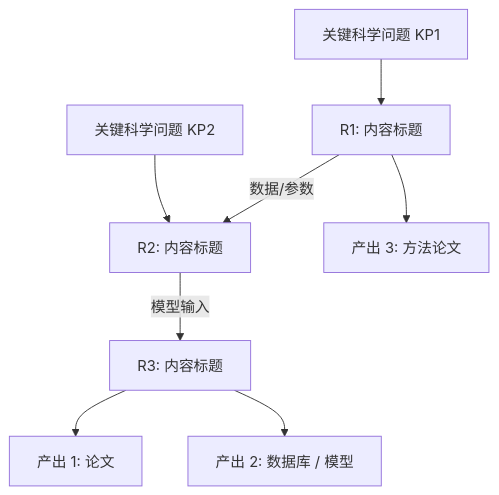
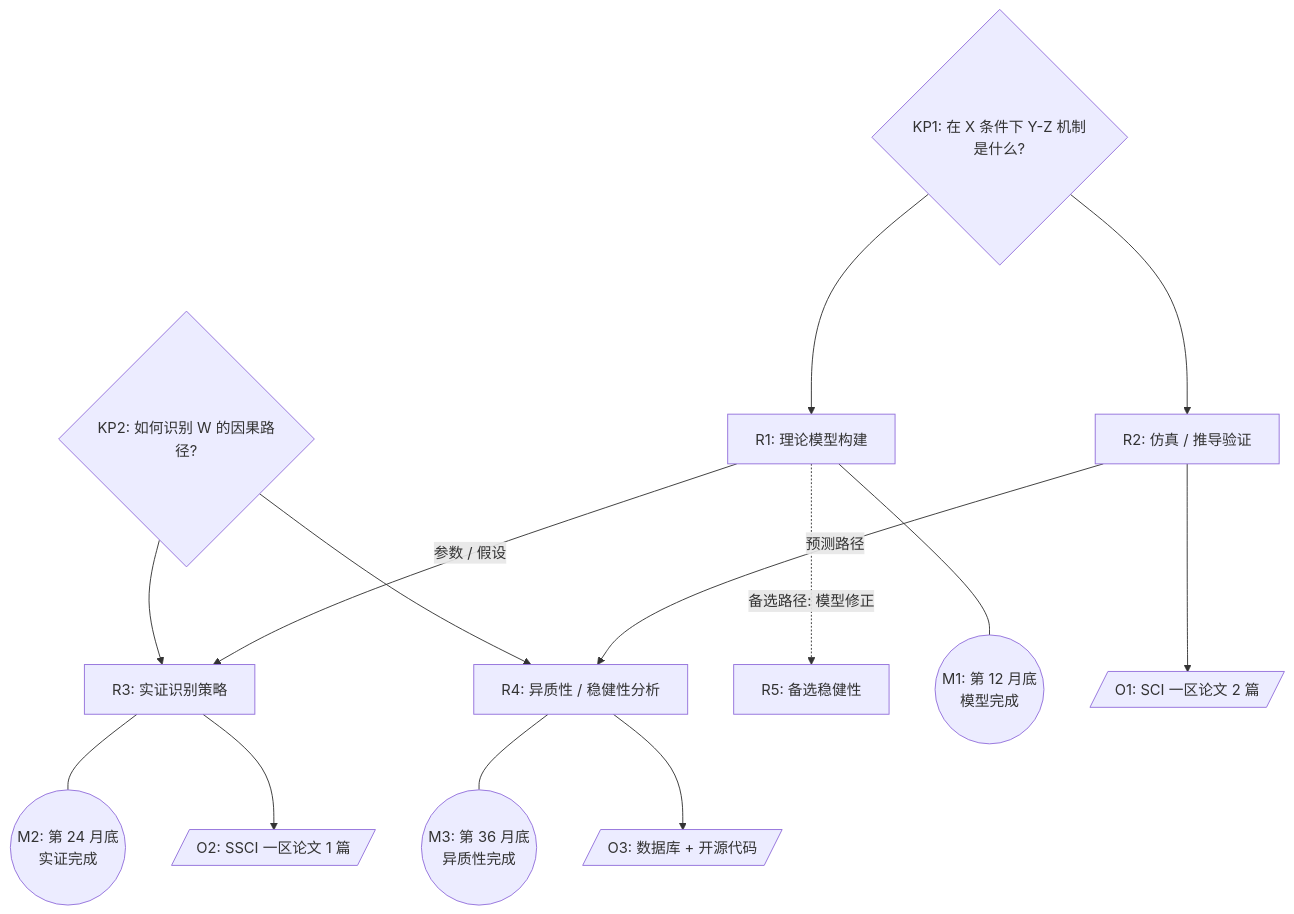
The diagram in skills/nsfc-application-skill/prompts/research-plan.md (wentorai/Research-Claw), drawn with Mermaid before and after one commit. The commit also changed other lines of this file and 8 other files, not shown here.

````diff
--- a/skills/nsfc-application-skill/prompts/research-plan.md
+++ b/skills/nsfc-application-skill/prompts/research-plan.md
@@ -54,10 +36,25 @@
 ```mermaid
 flowchart TD
-    Q1[关键科学问题 KP1] --> R1
-    Q2[关键科学问题 KP2] --> R2
-    R1[R1: 内容标题] -->|数据/参数| R2[R2: 内容标题]
-    R2 -->|模型输入| R3[R3: 内容标题]
-    R3 --> O1[产出 1: 论文]
-    R3 --> O2[产出 2: 数据库 / 模型]
-    R1 --> O3[产出 3: 方法论文]
+    %% 顶层：关键科学问题
+    KP1{KP1: 在 X 条件下 Y-Z 机制是什么?}
+    KP2{KP2: 如何识别 W 的因果路径?}
+
+    %% 中层：研究内容（按 KP 归属分组）
+    KP1 --> R1[R1: 理论模型构建]
+    KP1 --> R2[R2: 仿真 / 推导验证]
+    KP2 --> R3[R3: 实证识别策略]
+    KP2 --> R4[R4: 异质性 / 稳健性分析]
+    R1 -->|参数 / 假设| R3
+    R2 -->|预测路径| R4
+    R1 -.->|备选路径: 模型修正| R5[R5: 备选稳健性]
+
+    %% 右侧：里程碑
+    R1 --- M1((M1: 第 12 月底\n模型完成))
+    R3 --- M2((M2: 第 24 月底\n实证完成))
+    R4 --- M3((M3: 第 36 月底\n异质性完成))
+
+    %% 底层：输出
+    R2 --> O1[/O1: SCI 一区论文 2 篇/]
+    R3 --> O2[/O2: SSCI 一区论文 1 篇/]
+    R4 --> O3[/O3: 数据库 + 开源代码/]
 ```
````
